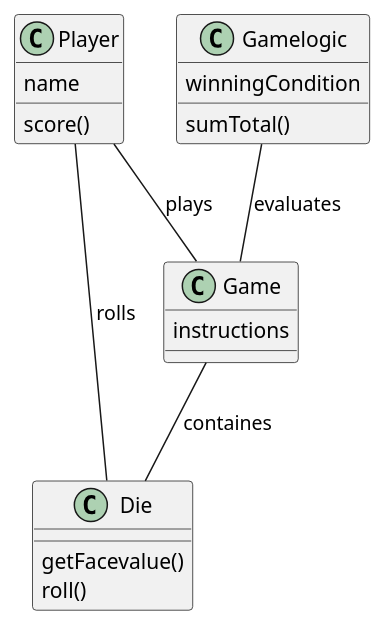
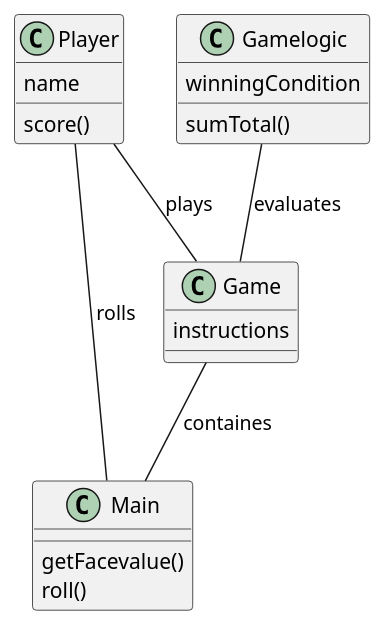
Before and after one commit to andelsbolig/o5_del1: the diagram in src/ClassDiagram.puml, drawn with PlantUML. The commit also changed 2 other files, not shown here.

Commit message:
added main class and worked on die class

```diff
--- a/src/ClassDiagram.puml
+++ b/src/ClassDiagram.puml
@@ -1,16 +1,16 @@
 @startuml
 Player -- Game : plays
-Game -- Die  : containes
-Die -- Player : rolls
+Game -- Main  : containes
+Main -- Player : rolls
 Gamelogic -- Game : evaluates
 
 
 Player : name
 Player : score()
-Die : getFacevalue()
-Die : roll()
+Main : getFacevalue()
+Main : roll()
 Game : instructions
 Gamelogic : sumTotal()
 Gamelogic : winningCondition
 
 @enduml
```
